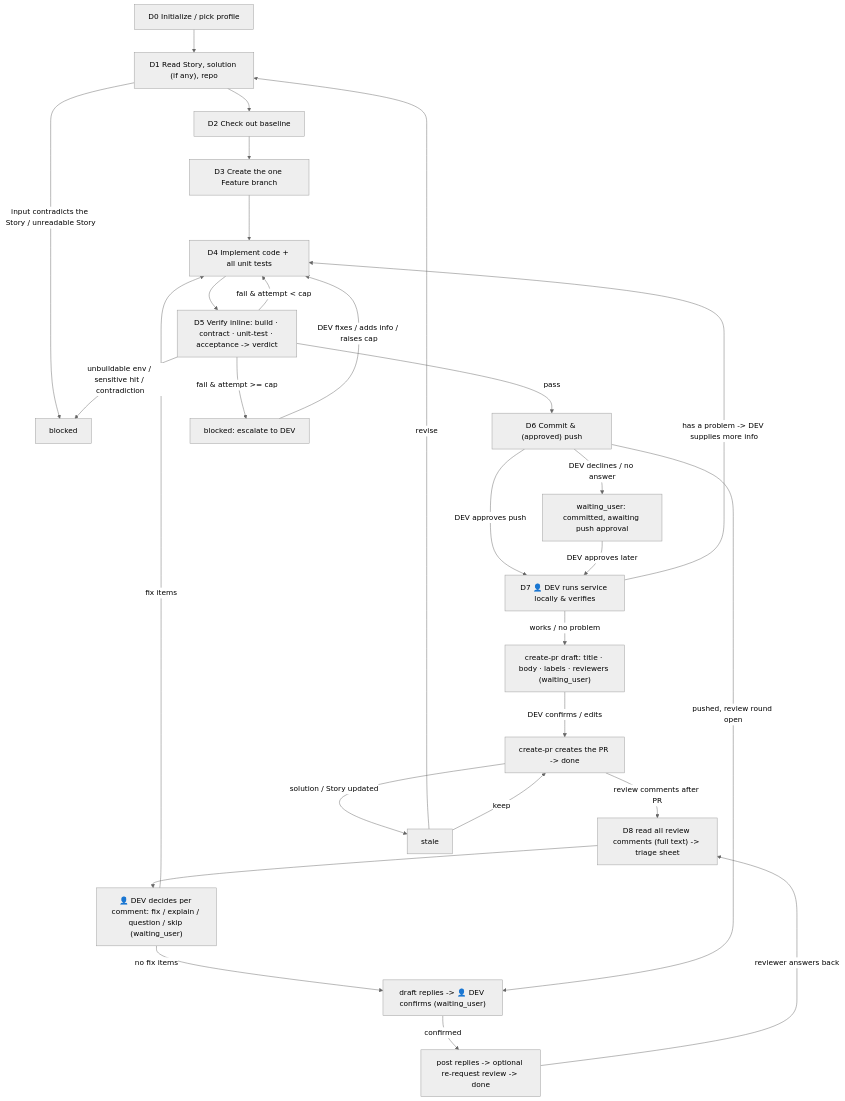
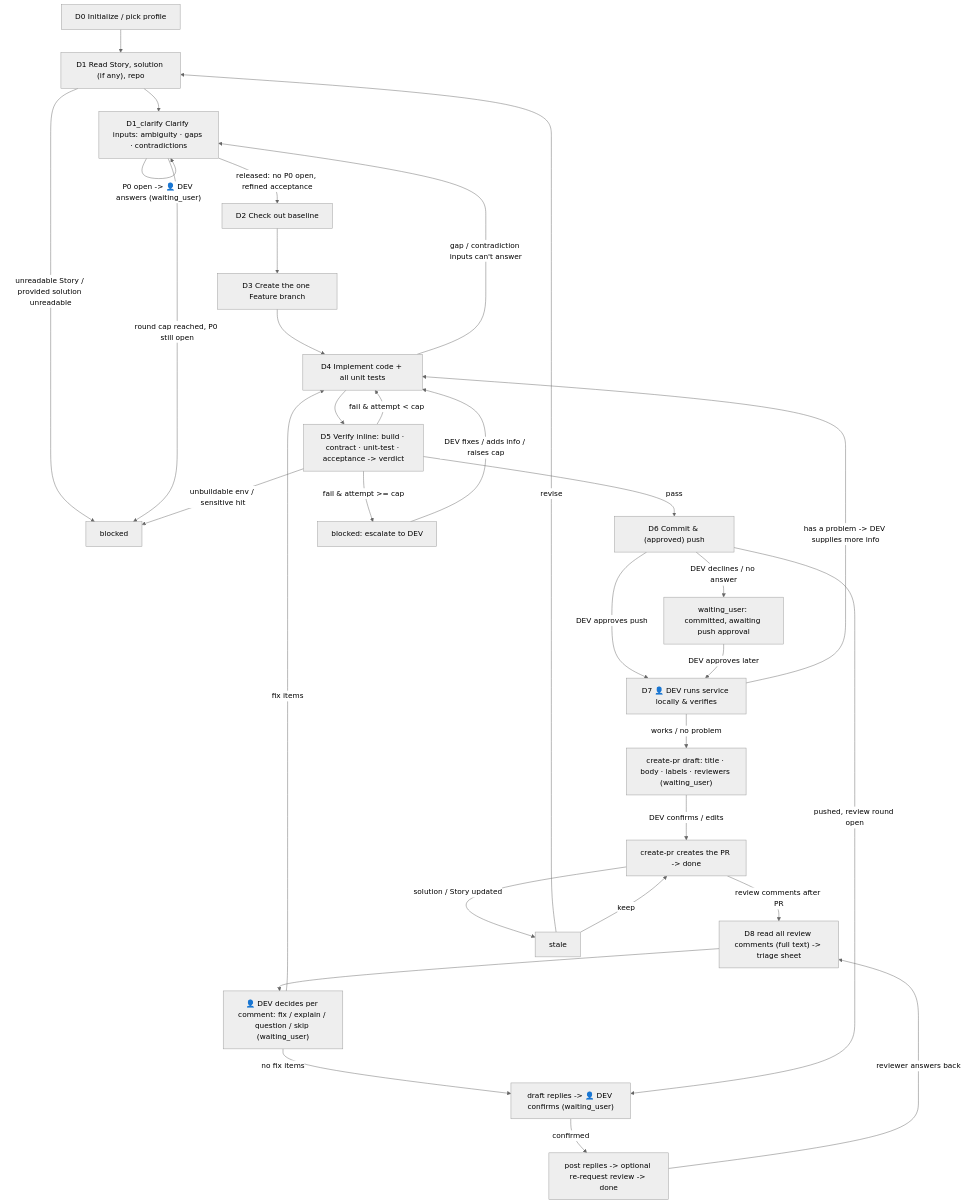
The diagram in .cursor/agents/dev-agent.md (mjz-kevin/marriott), drawn with Mermaid (neutral theme) before and after one commit. The commit also changed other lines of this file and 18 other files, not shown here.

````diff
--- a/.cursor/agents/dev-agent.md
+++ b/.cursor/agents/dev-agent.md
@@ -266,30 +284,34 @@
 ```mermaid
 flowchart TD
     D0["D0 Initialize / pick profile"] --> D1["D1 Read Story, solution (if any), repo"]
-    D1 -->|"input contradicts the Story / unreadable Story"| B["blocked"]
-    D1 --> D2["D2 Check out baseline"]
+    D1 -->|"unreadable Story / provided solution unreadable"| B["blocked"]
+    D1 --> DC["D1_clarify Clarify inputs: ambiguity · gaps · contradictions"]
+    DC -->|"P0 open -> 👤 DEV answers (waiting_user)"| DC
+    DC -->|"round cap reached, P0 still open"| B
+    DC -->|"released: no P0 open, refined acceptance"| D2["D2 Check out baseline"]
     D2 --> D3["D3 Create the one Feature branch"]
     D3 --> D4["D4 Implement code + all unit tests"]
+    D4 -->|"gap / contradiction inputs can't answer"| DC
     D4 --> D5["D5 Verify inline: build · contract · unit-test · acceptance -> verdict"]
     D5 -->|"pass"| D6["D6 Commit & (approved) push"]
     D5 -->|"fail & attempt < cap"| D4
     D5 -->|"fail & attempt >= cap"| ESC["blocked: escalate to DEV"]
-    D5 -->|"unbuildable env / sensitive hit / contradiction"| B
+    D5 -->|"unbuildable env / sensitive hit"| B
     ESC -->|"DEV fixes / adds info / raises cap"| D4
     D6 -->|"DEV approves push"| D7["D7 👤 DEV runs service locally & verifies"]
     D6 -->|"DEV declines / no answer"| WP["waiting_user: committed, awaiting push approval"]
     WP -->|"DEV approves later"| D7
     D7 -->|"works / no problem"| PC["create-pr draft: title · body · labels · reviewers (waiting_user)"]
     PC -->|"DEV confirms / edits"| PR["create-pr creates the PR -> done"]
     D7 -->|"has a problem -> DEV supplies more info"| D4
     PR -->|"review comments after PR"| RF["D8 read all review comments (full text) -> triage sheet"]
     RF --> RD["👤 DEV decides per comment: fix / explain / question / skip (waiting_user)"]
     RD -->|"fix items"| D4
     RD -->|"no fix items"| RC["draft replies -> 👤 DEV confirms (waiting_user)"]
     D6 -->|"pushed, review round open"| RC
     RC -->|"confirmed"| RP["post replies -> optional re-request review -> done"]
     RP -->|"reviewer answers back"| RF
     PR -->|"solution / Story updated"| ST["stale"]
     ST -->|"revise"| D1
     ST -->|"keep"| PR
 ```
````
